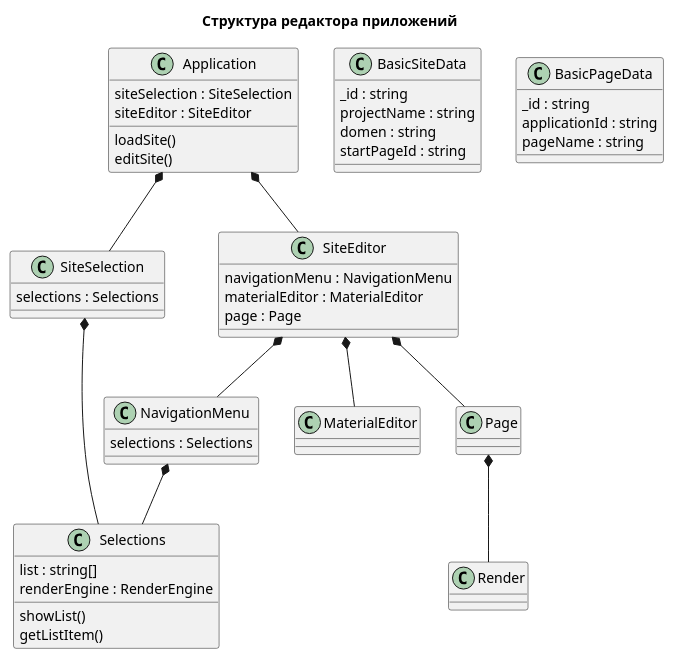
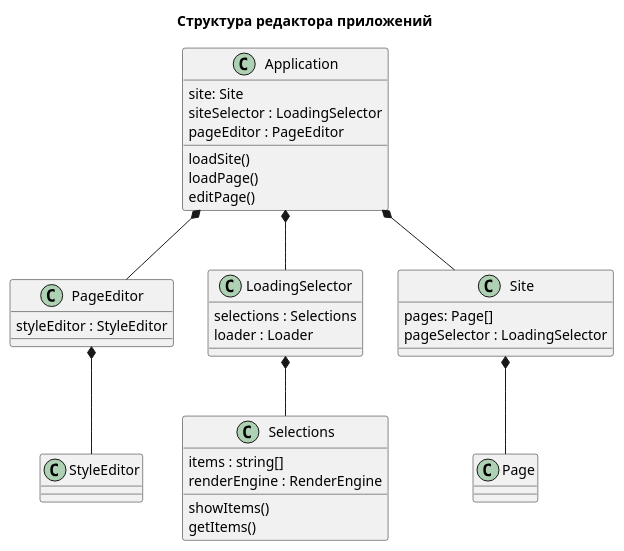
One commit to NikolayDemchenko/ReactTest changed the diagram in client/src/Types/Structure/NewStructure/appStructure.puml. Above: the diagram before and after it, drawn with PlantUML.

Commit message:
Проект структуры

```diff
--- a/client/src/Types/Structure/NewStructure/appStructure.puml
+++ b/client/src/Types/Structure/NewStructure/appStructure.puml
@@ -1,168 +1,159 @@
 @startuml
 title Структура редактора приложений
 
 
-class "Application" as Application {  
-    siteSelection : SiteSelection
-    siteEditor : SiteEditor
+class "Application" as Application { 
+    site: Site    
+    siteSelector : LoadingSelector
+    pageEditor : PageEditor
     loadSite()
-    editSite()
+    loadPage()
+    editPage()
 }
-Application *-- SiteSelection
-Application *-- SiteEditor
+Application *-- PageEditor
+Application *-- LoadingSelector
+Application *-- Site
 
-class "SiteSelection" as SiteSelection { 
-   selections : Selections       
+
+
+class "Site" as Site {
+    pages: Page[]
+    pageSelector : LoadingSelector
+      
 }
-SiteSelection *-- Selections
+Site *-- Page
+class "PageEditor" as PageEditor {
+    styleEditor : StyleEditor
+        
+}
+PageEditor *-- StyleEditor
 
-class "BasicSiteData" as BasicSiteData{
-    _id : string   
-    projectName : string   
-    domen : string   
-    startPageId : string   
+
+class "LoadingSelector" as LoadingSelector{ 
+      selections : Selections
+      loader : Loader
 }
+LoadingSelector *-- Selections
 
-class "SiteEditor" as SiteEditor{
-        navigationMenu : NavigationMenu
-        materialEditor : MaterialEditor
-        page : Page   
+
+class "Selections" as Selections{ 
+    items : string[]  
+    renderEngine : RenderEngine  
+    showItems()  
+    getItems()
 }
-SiteEditor *-- NavigationMenu
-SiteEditor *-- MaterialEditor
-SiteEditor *-- Page
-
-class "NavigationMenu" as NavigationMenu{ 
-      selections : Selections
-}
-NavigationMenu *-- Selections
-class "Render" as Render{    
-}
-Page *-- Render
-class "Selections" as Selections{ 
-    list : string[]  
-    renderEngine : RenderEngine  
-    showList()  
-    getListItem()
-}
-class "MaterialEditor" as MaterialEditor{    
+class "StyleEditor" as StyleEditor{    
 }
 class "Page" as Page{  
     ' render : Render  
 }
-class "BasicPageData" as BasicPageData{
-    _id : string   
-    applicationId : string   
-    pageName : string   
-    
-     
-}
+
 
 ' interface "ICollection<T>" as ICollection {    
 ' collection: any
 ' add(element:T )
 ' remove( element: T)
 ' }
 ' interface "IData" as IData{    
 '     setData() 
 '     getData()
 ' }
 ' interface "IRender" as IRender{ 
 '     render()  
 ' }
 
 ' ' Генератор модели
 ' class "ModelCreator" as ModelCreator{
 '     element:MyReactElement
 '     render(...children)
     
 ' }
 ' ' Базовый компонент
 ' class "MyBaseComponent" as MyBaseComponent{
 '     element:MyReactElement
 '     render(...children)
     
 ' }
 ' MyBaseComponent *-l- MyReactElement
 ' ' Элемент
 ' class "MyReactElement" as MyReactElement{
 '     _id:string
 '     tag:string
 '     props:MyObject  
 '     setData( tag:string , props: MyObject )
 '     getData()
     
 ' }
 ' MyReactElement *-l- MyObject
 ' MyReactElement .r.|> IData
 
 
 ' ' Объект
 ' class "MyObject" as MyObject{
 
 '     collection:{ [ key: string ] :any }
 '     add(  key: string , value :any )
 '     remove(  key: string )   
 '     setData( collection:{ [ key: string ] :any } )
 '     getData() 
 ' }
 ' MyObject .l.|> IData
 ' MyObject .u.|> ICollection
 
 ' ' Инпут
 ' class "MyInput" as MyInput{  
 '     type: string
 '     setData( type: string )
 '     getData()
 '     render()
 ' }
 ' ' Кнопка
 ' class "MyButton" as MyButton{  
 '     title: string
 '     setData( title: string )
 '     getData()
 '     render()
 ' }
 ' ' Текст
 ' class "MyText" as MyText{  
 '     text: string
 '     setData( text: string )
 '     getData()
 '     render()
 ' }
 ' MyText .l.|> IData
 ' MyText ..|> IRender
 ' MyText --|> MyBaseComponent
 
 ' ' Переменная
 ' class "MyVariable" as MyVariable{   
 '     key: MyText
 '     value: MyText | MyArray
 '     setData( name: MyText, value: MyText | MyArray )
 '     getData()
 '     render()
 ' }
 ' MyVariable *-- MyText
 ' MyVariable ..|> IData
 ' MyVariable ..|> IRender
 ' MyVariable --|> MyBaseComponent
 
 
 ' ' Массив
 ' class "MyArray" as MyArray{
 ' collection: { MyText | MyVariable | MyArray}[]
 ' add( element: MyText | MyVariable | MyArray)
 ' remove( element: MyText | MyVariable | MyArray)
 ' setData( array: { MyText | MyVariable | MyArray}[] )
 ' getData()
 ' render()
 ' }
 ' MyArray ..|> ICollection
 ' MyArray ..|> IData
 ' MyArray ..|> IRender
 ' MyArray o-- MyArray
 ' MyArray o-l- MyVariable
 ' MyArray o-- MyText
 ' MyArray --|> MyBaseComponent
 
 @enduml
```
